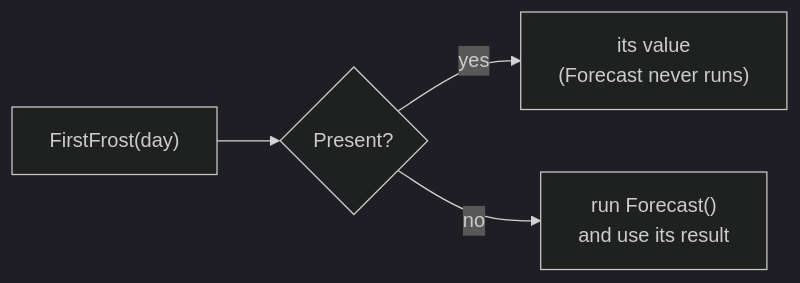
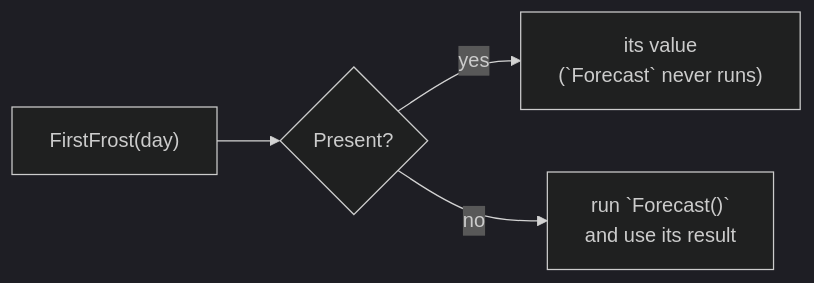
The diagram in content/docs/1.learn/08.optionals/03.coalesce.md (rux-lang/Web), drawn with Mermaid (dark theme) before and after one commit. The commit also changed 187 other files, not shown here.

First line of the commit message:
Draw the Learn diagrams for phones, with code in the mono face

````diff
--- a/content/docs/1.learn/08.optionals/03.coalesce.md
+++ b/content/docs/1.learn/08.optionals/03.coalesce.md
@@ -51,6 +51,6 @@
 ```mermaid
 flowchart LR
-    o["FirstFrost(day)"] --> q{"Present?"}
-    q -- "yes" --> v["its value<br/>(Forecast never runs)"]
-    q -- "no" --> f["run Forecast()<br/>and use its result"]
+    o["`FirstFrost(day)`"] --> q{"Present?"}
+    q -- "yes" --> v["its value<br/>(`Forecast` never runs)"]
+    q -- "no" --> f["run `Forecast()`<br/>and use its result"]
 ```
````
